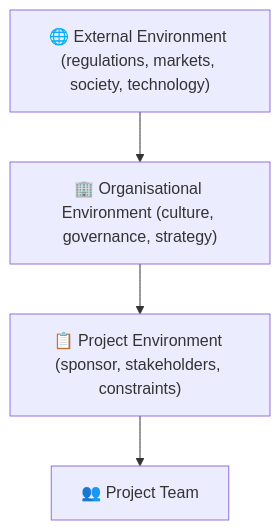
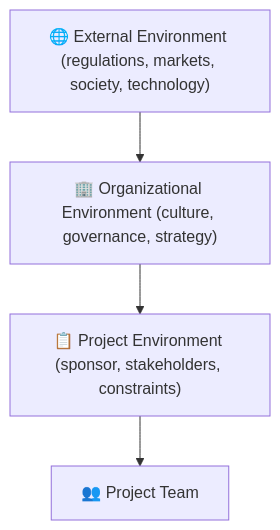
Before and after one commit to UncleJS/course_projectManagement: the third of 4 diagrams in modules/01-foundations.md, drawn with Mermaid. The commit also changed other lines of this file and 63 other files, not shown here.

````diff
--- a/modules/01-foundations.md
+++ b/modules/01-foundations.md
@@ -162,8 +162,8 @@
 ```mermaid
 flowchart TD
     EE["🌐 External Environment (regulations, markets, society, technology)"]
-    OE["🏢 Organisational Environment (culture, governance, strategy)"]
+    OE["🏢 Organizational Environment (culture, governance, strategy)"]
     PE["📋 Project Environment (sponsor, stakeholders, constraints)"]
     PT["👥 Project Team"]
     EE --> OE --> PE --> PT
 ```
````
